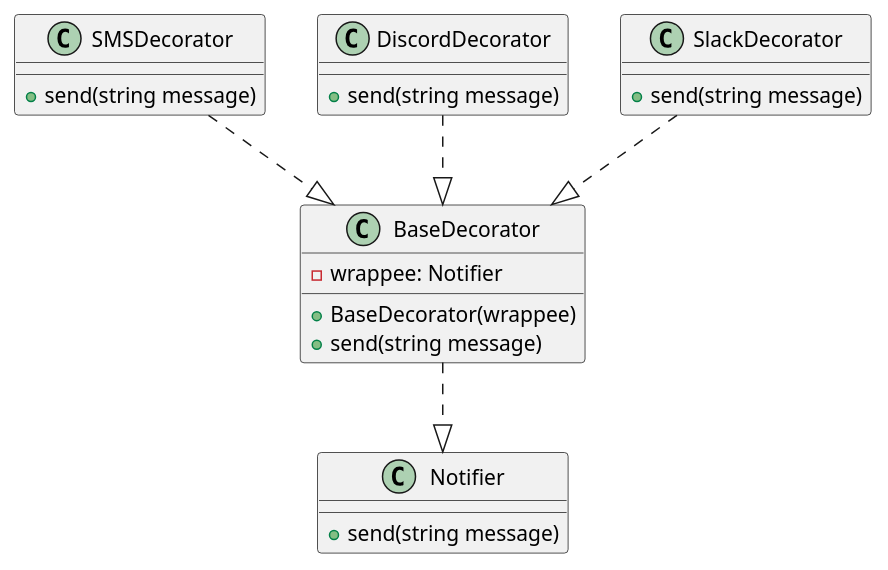
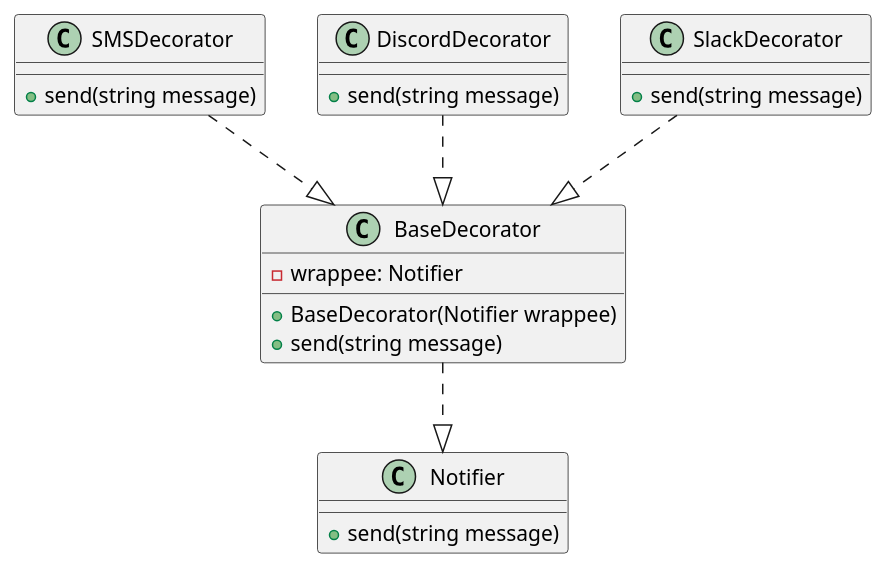
Before and after one commit to gillescoolen/design-patterns: the diagram in patterns/decorator.puml, drawn with PlantUML. The commit also changed 2 other files, not shown here.

```diff
--- a/patterns/decorator.puml
+++ b/patterns/decorator.puml
@@ -1,31 +1,31 @@
 @startuml decorator
 
 class Notifier {
   + send(string message)
 }
 
 class BaseDecorator {
   - wrappee: Notifier
-  + BaseDecorator(wrappee)
+  + BaseDecorator(Notifier wrappee)
   + send(string message)
 }
 
 class SMSDecorator {
   + send(string message)
 }
 
 class DiscordDecorator {
   + send(string message)
 }
 
 class SlackDecorator {
   + send(string message)
 }
 
 BaseDecorator ..|> Notifier
 
 SMSDecorator ..|> BaseDecorator
 DiscordDecorator ..|> BaseDecorator
 SlackDecorator ..|> BaseDecorator
 
 @enduml
```
